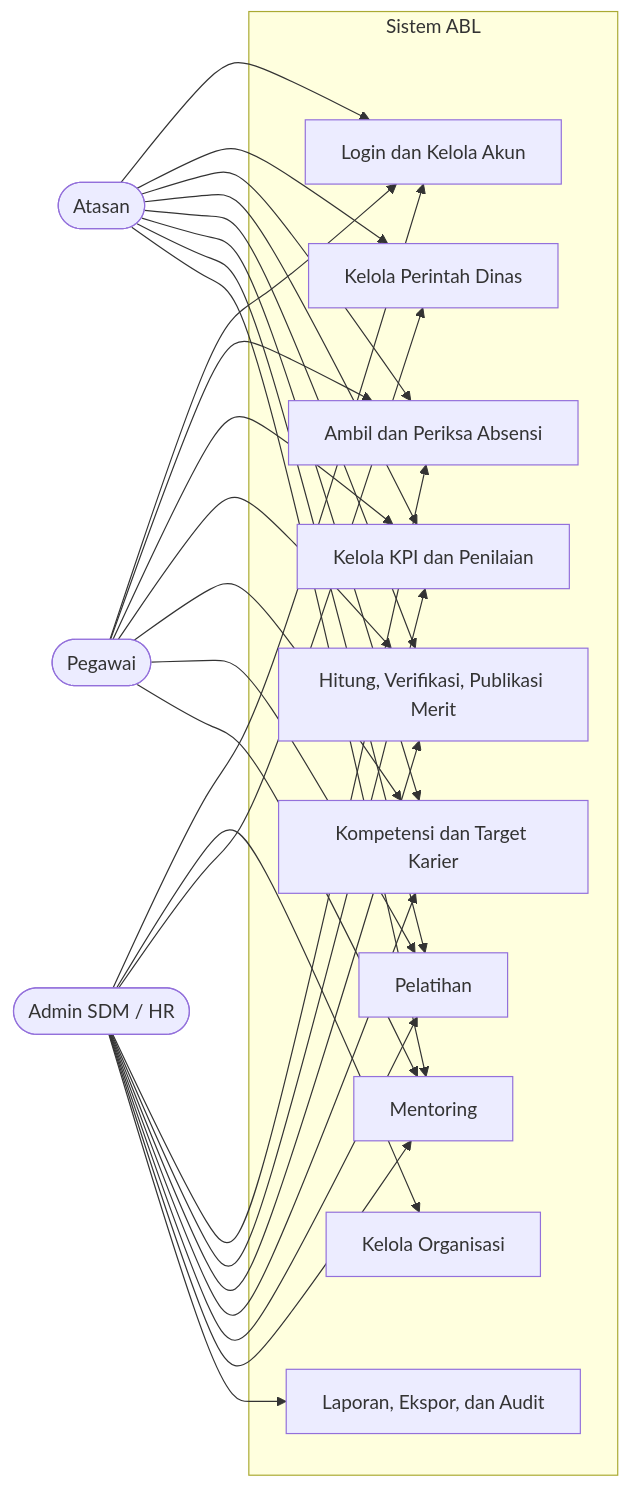
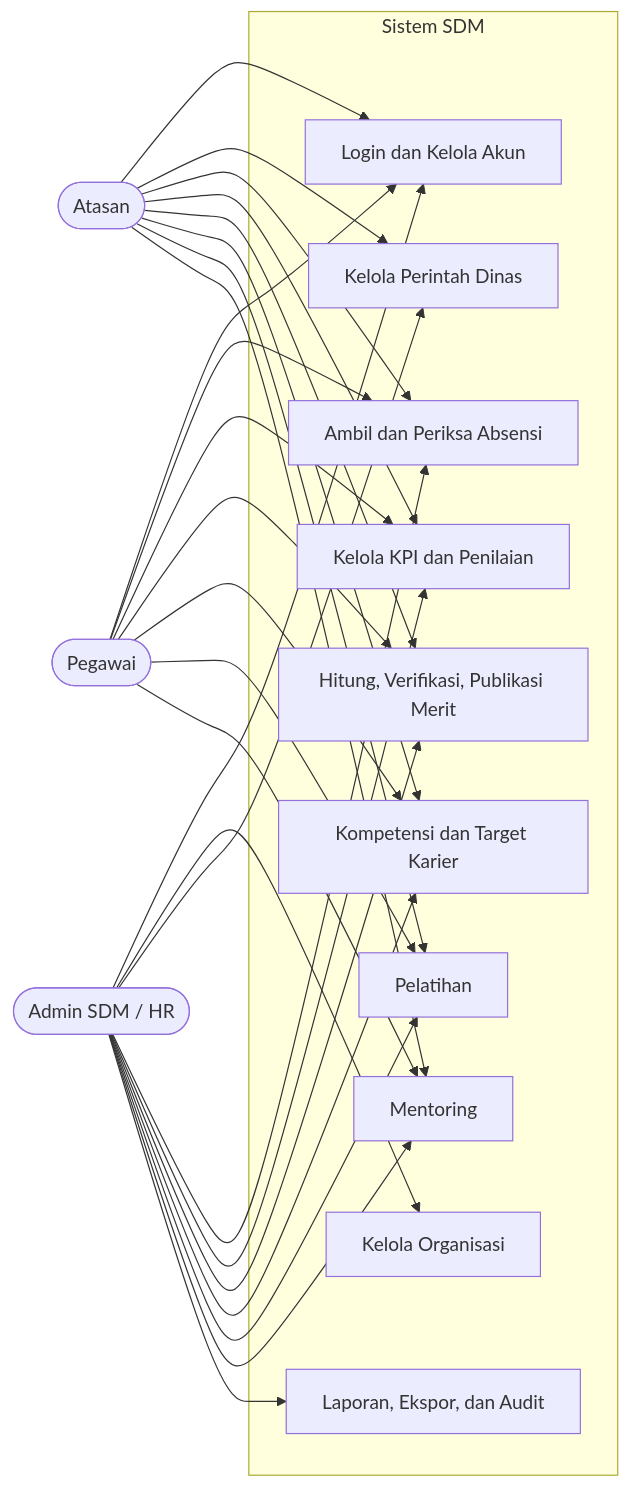
One commit to LuqmanSyah/abl-v2 changed the second of 10 diagrams in docs/laporan/04-bab-4-analisis-dan-perancangan-sistem.md. Above: the diagram before and after it, drawn with Mermaid. The commit also changed 5 other files, not shown here.

Commit message:
refactor: update documentation to replace 'ABL' with 'Sistem SDM' for consistency across project reports

````diff
--- a/docs/laporan/04-bab-4-analisis-dan-perancangan-sistem.md
+++ b/docs/laporan/04-bab-4-analisis-dan-perancangan-sistem.md
@@ -118,47 +118,47 @@
 ```mermaid
 flowchart LR
     EMP([Pegawai])
     MGR([Atasan])
     HR([Admin SDM / HR])
 
-    subgraph ABL[Sistem ABL]
+    subgraph SDM[Sistem SDM]
         LOGIN[Login dan Kelola Akun]
         ORG[Kelola Organisasi]
         TRIP[Kelola Perintah Dinas]
         ATT[Ambil dan Periksa Absensi]
         KPI[Kelola KPI dan Penilaian]
         MERIT[Hitung, Verifikasi, Publikasi Merit]
         GAP[Kompetensi dan Target Karier]
         TRAIN[Pelatihan]
         MENTOR[Mentoring]
         REPORT[Laporan, Ekspor, dan Audit]
     end
 
     EMP --> LOGIN
     EMP --> ATT
     EMP --> KPI
     EMP --> MERIT
     EMP --> GAP
     EMP --> TRAIN
     EMP --> MENTOR
 
     MGR --> LOGIN
     MGR --> TRIP
     MGR --> ATT
     MGR --> KPI
     MGR --> MERIT
     MGR --> GAP
     MGR --> TRAIN
     MGR --> MENTOR
 
     HR --> LOGIN
     HR --> ORG
     HR --> TRIP
     HR --> ATT
     HR --> KPI
     HR --> MERIT
     HR --> GAP
     HR --> TRAIN
     HR --> MENTOR
     HR --> REPORT
 ```
````
